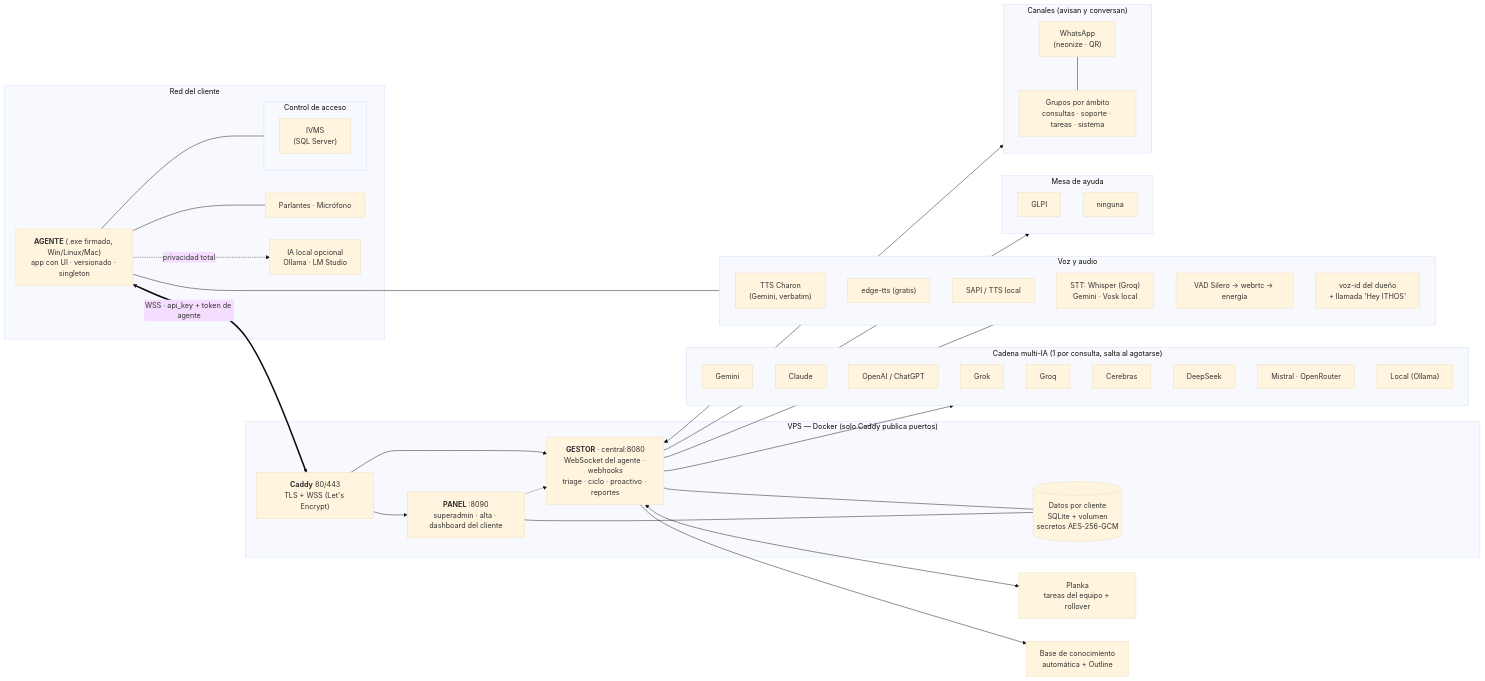
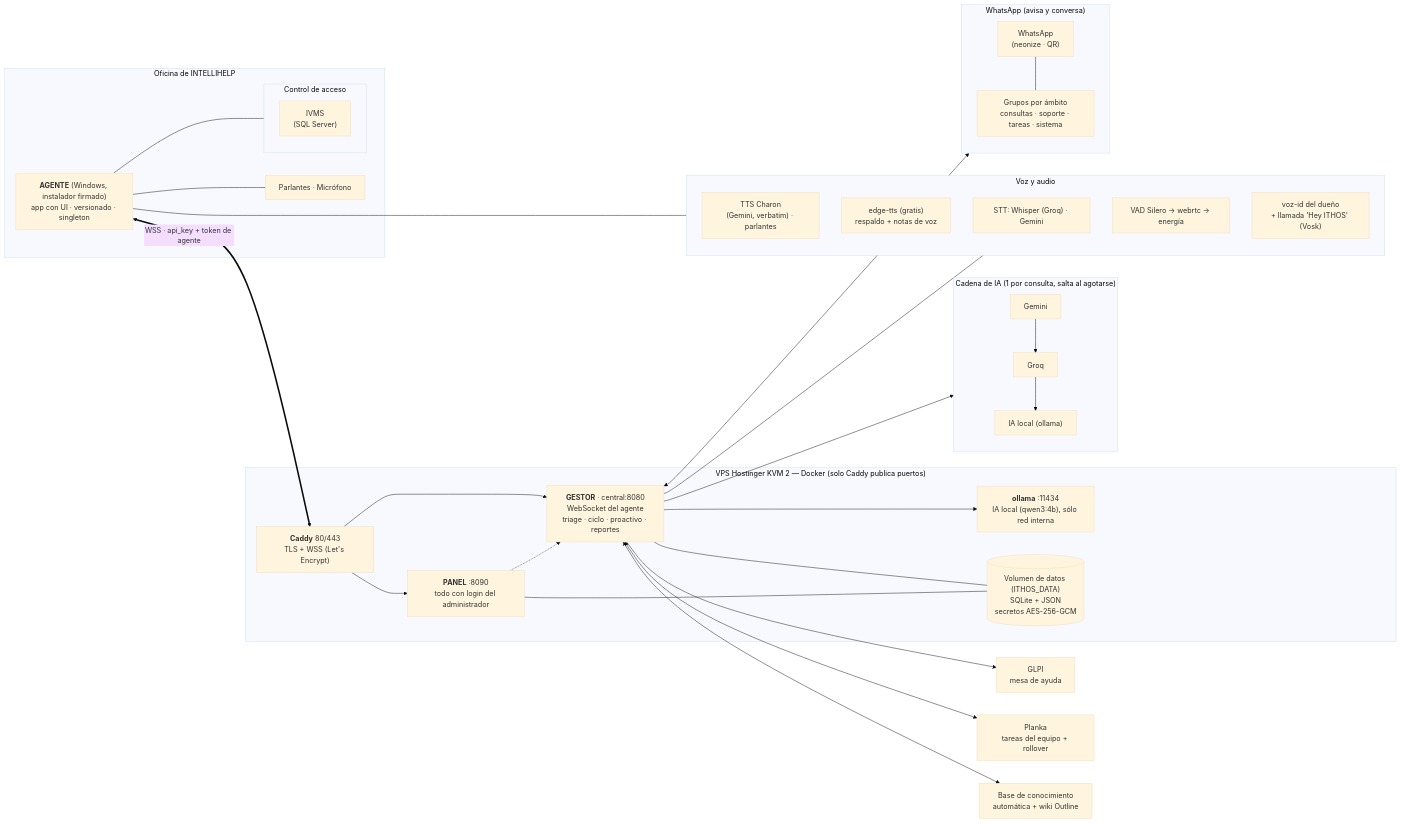
The first of 7 diagrams in README.md (bsierra4262/ithos), drawn with Mermaid (base theme) before and after one commit. The commit also changed other lines of this file and 73 other files, not shown here.

First line of the commit message:
auditoria: ITHOS queda como herramienta interna, sin restos de la venta

````diff
--- a/README.md
+++ b/README.md
@@ -164,68 +123,57 @@
 ```mermaid
 flowchart LR
-    subgraph Cliente["Red del cliente"]
-        AG["<b>AGENTE</b> (.exe firmado, Win/Linux/Mac)<br/>app con UI · versionado · singleton"]
+    subgraph Oficina["Oficina de INTELLIHELP"]
+        AG["<b>AGENTE</b> (Windows, instalador firmado)<br/>app con UI · versionado · singleton"]
         HW["Parlantes · Micrófono"]
         subgraph Acc["Control de acceso"]
             AC1["IVMS<br/>(SQL Server)"]
         end
-        LOC["IA local opcional<br/>Ollama · LM Studio"]
         AG --- HW
         AG --- Acc
-        AG -.->|"privacidad total"| LOC
     end
 
-    subgraph Nube["VPS — Docker (solo Caddy publica puertos)"]
+    subgraph Nube["VPS Hostinger KVM 2 — Docker (solo Caddy publica puertos)"]
         CY["<b>Caddy</b> 80/443<br/>TLS + WSS (Let's Encrypt)"]
-        CA["<b>GESTOR</b> · central:8080<br/>WebSocket del agente · webhooks<br/>triage · ciclo · proactivo · reportes"]
-        PA["<b>PANEL</b> :8090<br/>superadmin · alta · dashboard del cliente"]
-        DB[("Datos por cliente<br/>SQLite + volumen<br/>secretos AES-256-GCM")]
+        CA["<b>GESTOR</b> · central:8080<br/>WebSocket del agente<br/>triage · ciclo · proactivo · reportes"]
+        PA["<b>PANEL</b> :8090<br/>todo con login del administrador"]
+        OL["<b>ollama</b> :11434<br/>IA local (qwen3:4b), sólo red interna"]
+        DB[("Volumen de datos (ITHOS_DATA)<br/>SQLite + JSON<br/>secretos AES-256-GCM")]
         CY --> CA
         CY --> PA
         PA -.-> CA
         CA --- DB
         PA --- DB
+        CA --> OL
     end
 
     AG <==>|"WSS · api_key + token de agente"| CY
 
-    subgraph IA["Cadena multi-IA (1 por consulta, salta al agotarse)"]
+    subgraph IA["Cadena de IA (1 por consulta, salta al agotarse)"]
         I1["Gemini"]
-        I2["Claude"]
-        I3["OpenAI / ChatGPT"]
-        I4["Grok"]
-        I5["Groq"]
-        I6["Cerebras"]
-        I7["DeepSeek"]
-        I8["Mistral · OpenRouter"]
-        I9["Local (Ollama)"]
+        I2["Groq"]
+        I3["IA local (ollama)"]
+        I1 --> I2 --> I3
     end
 
     subgraph VOZ["Voz y audio"]
-        V1["TTS Charon<br/>(Gemini, verbatim)"]
-        V2["edge-tts (gratis)"]
-        V3["SAPI / TTS local"]
-        V4["STT: Whisper (Groq)<br/>Gemini · Vosk local"]
+        V1["TTS Charon<br/>(Gemini, verbatim) · parlantes"]
+        V2["edge-tts (gratis)<br/>respaldo + notas de voz"]
+        V4["STT: Whisper (Groq) · Gemini"]
         V5["VAD Silero → webrtc → energía"]
-        V6["voz-id del dueño<br/>+ llamada 'Hey ITHOS'"]
+        V6["voz-id del dueño<br/>+ llamada 'Hey ITHOS' (Vosk)"]
     end
 
-    subgraph TK["Mesa de ayuda"]
-        T1["GLPI"]
-        T6["ninguna"]
-    end
-
-    subgraph CH["Canales (avisan y conversan)"]
+    subgraph CH["WhatsApp (avisa y conversa)"]
         C2["WhatsApp<br/>(neonize · QR)"]
         C7["Grupos por ámbito<br/>consultas · soporte · tareas · sistema"]
         C2 --- C7
     end
 
     CA --> IA
-    CA --> TK
+    CA --> T1["GLPI<br/>mesa de ayuda"]
     CA <--> CH
     CA <--> PL["Planka<br/>tareas del equipo + rollover"]
-    CA --> KB["Base de conocimiento<br/>automática + Outline"]
+    CA <--> KB["Base de conocimiento<br/>automática + wiki Outline"]
     AG --- VOZ
     CA --- VOZ
 ```
````
